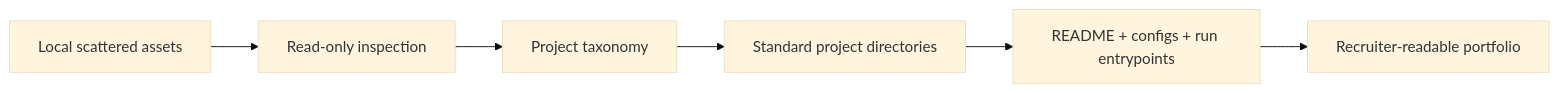
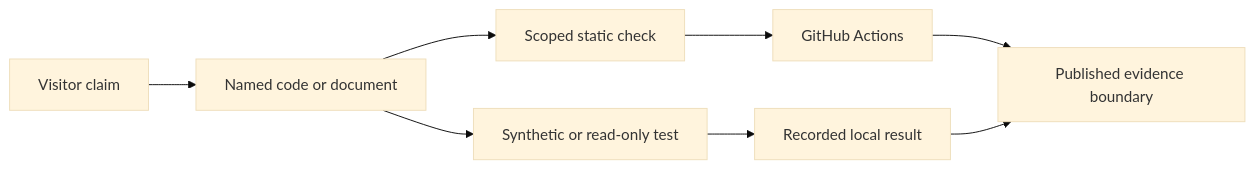
Before and after one commit to ax999617/portfolio: the diagram in docs/system_overview.md, drawn with Mermaid (base theme). The commit also changed other lines of this file and 35 other files, not shown here.

Commit message:
docs(portfolio): publish professional visitor path

````diff
--- a/docs/system_overview.md
+++ b/docs/system_overview.md
@@ -35,8 +26,10 @@
 ```mermaid
 flowchart LR
-  A["Local scattered assets"] --> B["Read-only inspection"]
-  B --> C["Project taxonomy"]
-  C --> D["Standard project directories"]
-  D --> E["README + configs + run entrypoints"]
-  E --> F["Recruiter-readable portfolio"]
+  A["Visitor claim"] --> B["Named code or document"]
+  B --> C["Scoped static check"]
+  B --> D["Synthetic or read-only test"]
+  C --> E["GitHub Actions"]
+  D --> F["Recorded local result"]
+  E --> G["Published evidence boundary"]
+  F --> G
 ```
````
